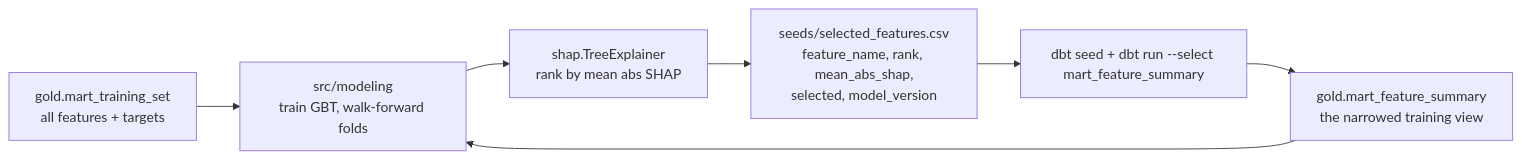
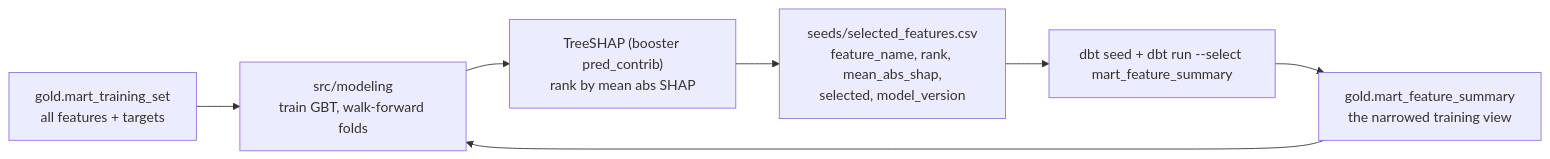
The fifth of 5 diagrams in docs/warehouse/dwh-medallion.md (Analyst-Ninja/aurum), drawn with Mermaid before and after one commit. The commit also changed other lines of this file and 26 other files, not shown here.

````diff
--- a/docs/warehouse/dwh-medallion.md
+++ b/docs/warehouse/dwh-medallion.md
@@ -700,9 +700,9 @@
 ```mermaid
 flowchart LR
     MT["gold.mart_training_set<br/>all features + targets"] --> TR["src/modeling<br/>train GBT, walk-forward folds"]
-    TR --> SH["shap.TreeExplainer<br/>rank by mean abs SHAP"]
+    TR --> SH["TreeSHAP (booster pred_contrib)<br/>rank by mean abs SHAP"]
     SH --> SEED["seeds/selected_features.csv<br/>feature_name, rank, mean_abs_shap,<br/>selected, model_version"]
     SEED --> DBT["dbt seed + dbt run --select mart_feature_summary"]
     DBT --> MS["gold.mart_feature_summary<br/>the narrowed training view"]
     MS --> TR
 ```
````
